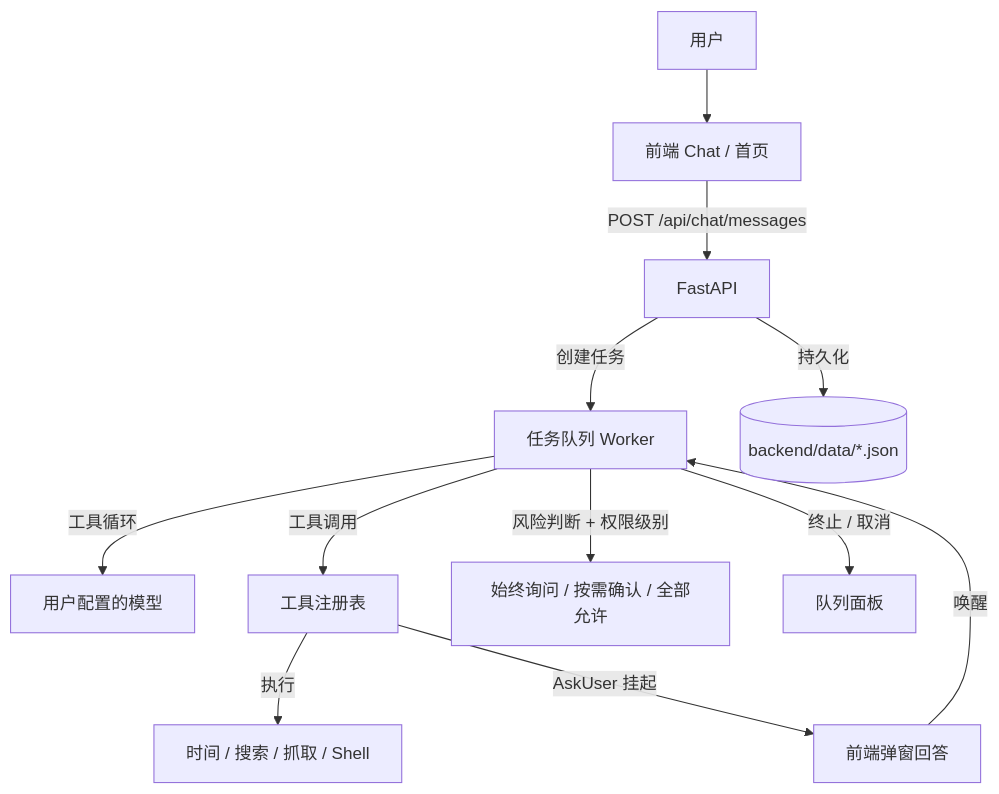
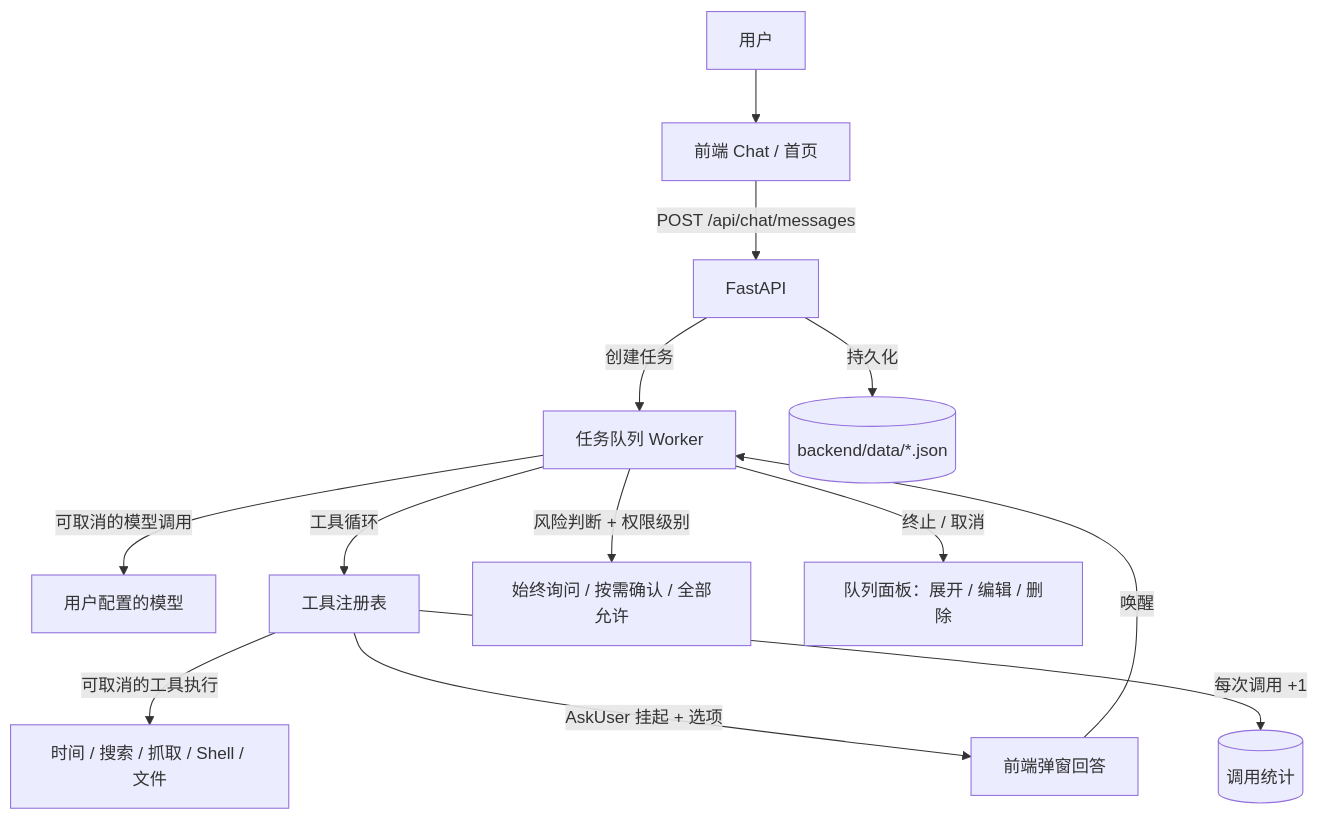
The diagram in README.md (Wukeeeeee/JIGSAW), drawn with Mermaid before and after one commit. The commit also changed other lines of this file and 38 other files, not shown here.

````diff
--- a/README.md
+++ b/README.md
@@ -26,14 +40,15 @@
 ```mermaid
 graph TD
     U[用户] --> F[前端 Chat / 首页]
     F -->|POST /api/chat/messages| API[FastAPI]
     API -->|创建任务| Q[任务队列 Worker]
-    Q -->|工具循环| LLM[用户配置的模型]
-    Q -->|工具调用| T[工具注册表]
-    T -->|执行| S[时间 / 搜索 / 抓取 / Shell]
-    T -->|AskUser 挂起| F2[前端弹窗回答]
+    Q -->|可取消的模型调用| LLM[用户配置的模型]
+    Q -->|工具循环| T[工具注册表]
+    T -->|可取消的工具执行| S[时间 / 搜索 / 抓取 / Shell / 文件]
+    T -->|AskUser 挂起 + 选项| F2[前端弹窗回答]
     F2 -->|唤醒| Q
     Q -->|风险判断 + 权限级别| P[始终询问 / 按需确认 / 全部允许]
-    Q -->|终止 / 取消| F3[队列面板]
+    Q -->|终止 / 取消| F3[队列面板：展开 / 编辑 / 删除]
+    T -->|每次调用 +1| ST[(调用统计)]
     API -->|持久化| D[(backend/data/*.json)]
 ```
````
